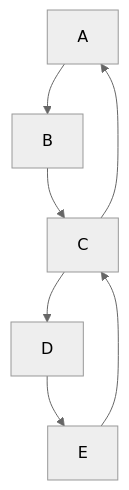
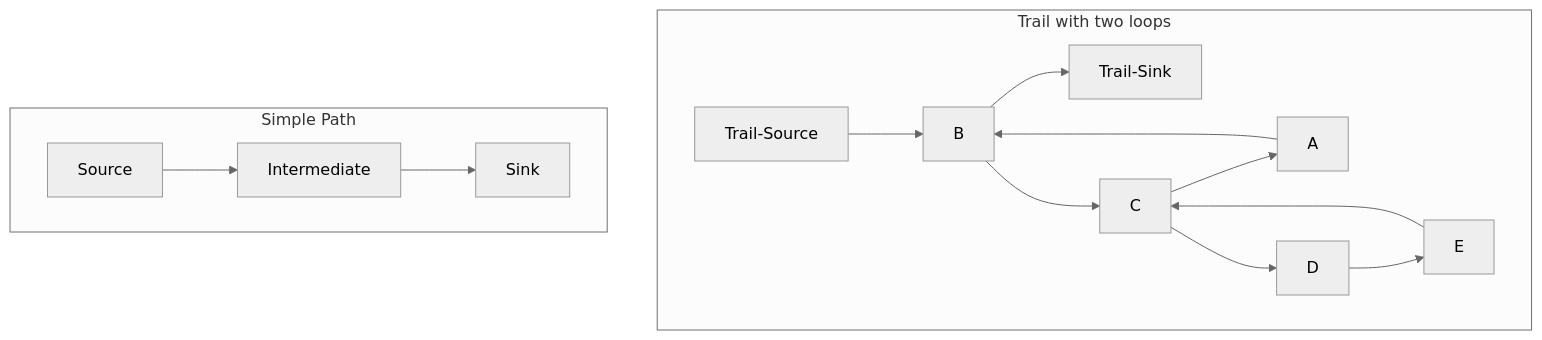
One commit to StueyMC/Visualizations changed the first of 2 diagrams in Examples/vNetwork/README.md. Above: the diagram before and after it, drawn with Mermaid (neutral theme). The commit also changed other lines of this file and 1 other file, not shown here.

````diff
--- a/Examples/vNetwork/README.md
+++ b/Examples/vNetwork/README.md
@@ -11,9 +31,17 @@
 ```mermaid
-graph TD;
+flowchart TD;
+  subgraph Trail with two loops
+  Trail-Source-->B;
+  B-->Trail-Sink;
   A-->B;
   B-->C;
   C-->D;
   D-->E;
   E-->C;
   C-->A;
+  end
+  subgraph Simple Path
+  Source-->Intermediate
+  Intermediate-->Sink
+  end
 ```
````
